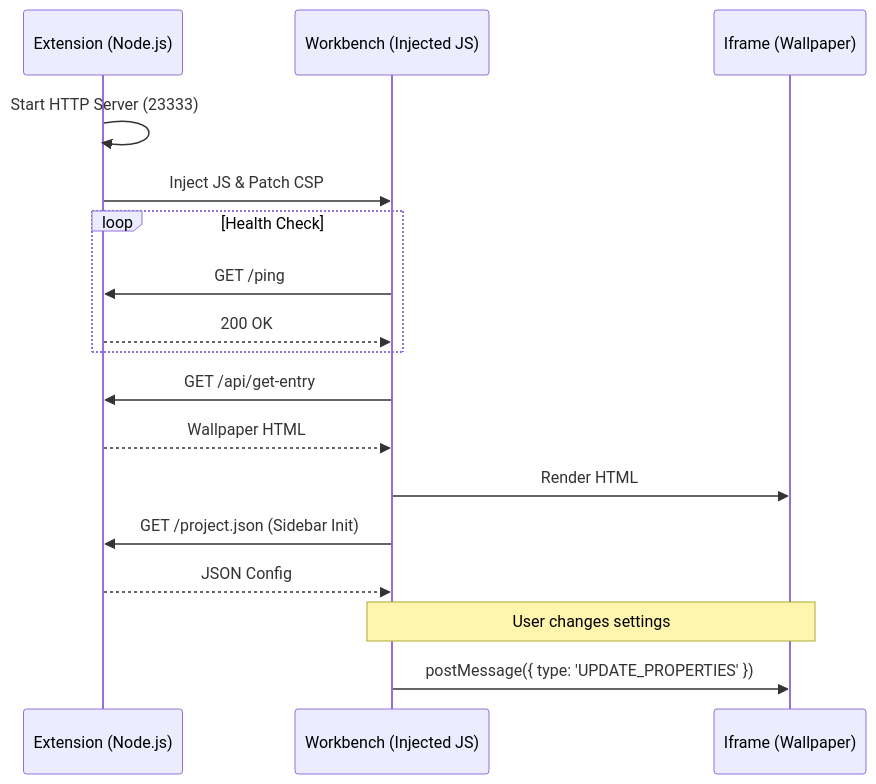
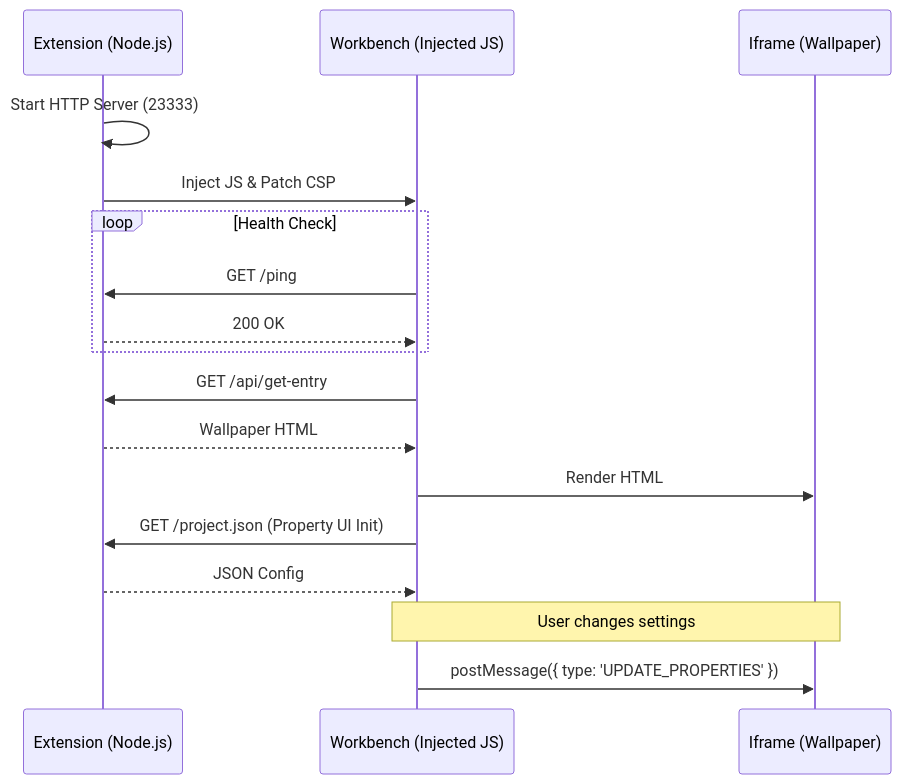
The diagram in docs/COMMUNICATION.md (Epslion404/vscode-wallpaper-engine), drawn with Mermaid before and after one commit. The commit also changed other lines of this file and 2 other files, not shown here.

Commit message:
docs: refresh 0.0.11 user and architecture documentation

````diff
--- a/docs/COMMUNICATION.md
+++ b/docs/COMMUNICATION.md
@@ -86,24 +92,24 @@
 ```mermaid
 sequenceDiagram
     participant Ext as Extension (Node.js)
     participant WB as Workbench (Injected JS)
     participant IF as Iframe (Wallpaper)
 
     Ext->>Ext: Start HTTP Server (23333)
     Ext->>WB: Inject JS & Patch CSP
 
     loop Health Check
         WB->>Ext: GET /ping
         Ext-->>WB: 200 OK
     end
 
     WB->>Ext: GET /api/get-entry
     Ext-->>WB: Wallpaper HTML
     WB->>IF: Render HTML
 
-    WB->>Ext: GET /project.json (Sidebar Init)
+    WB->>Ext: GET /project.json (Property UI Init)
     Ext-->>WB: JSON Config
 
     Note over WB, IF: User changes settings
     WB->>IF: postMessage({ type: 'UPDATE_PROPERTIES' })
 ```
````
